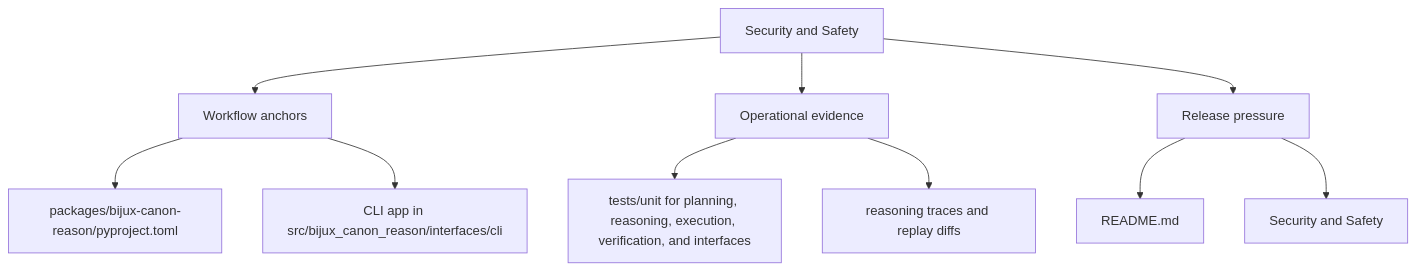
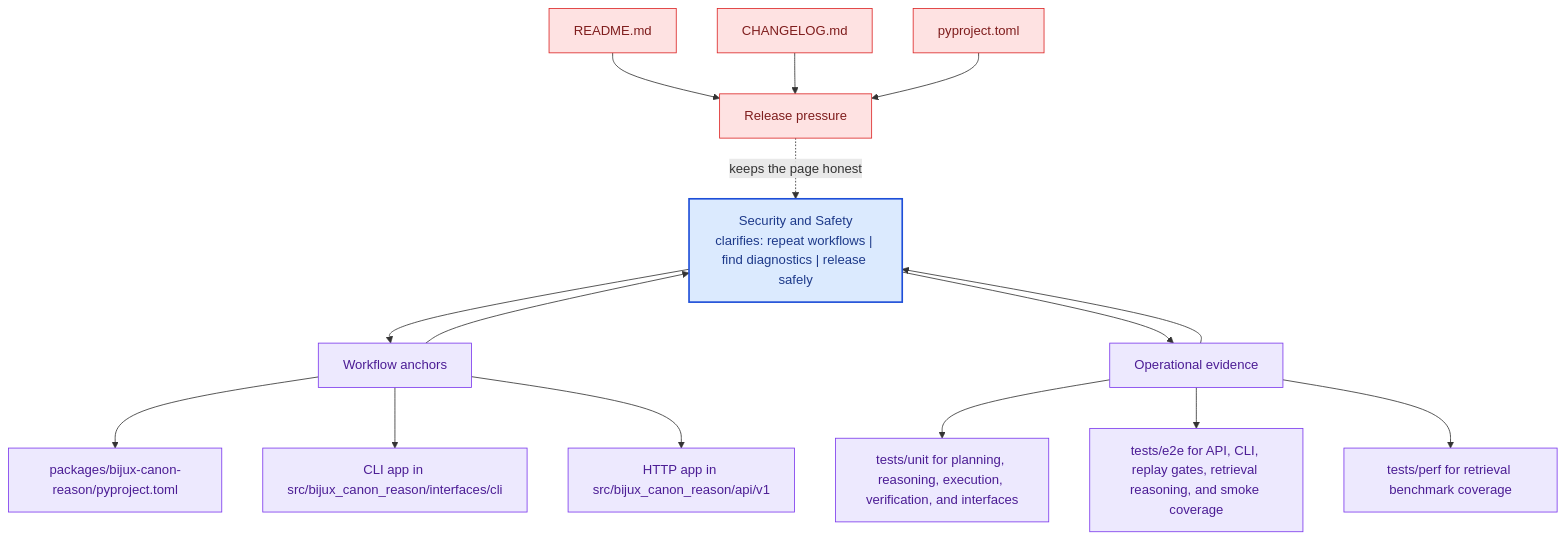
Before and after one commit to bijux/bijux-canon: the second of 2 diagrams in docs/bijux-canon-reason/operations/security-and-safety.md, drawn with Mermaid. The commit also changed other lines of this file and 281 other files, not shown here.

Commit message:
docs(diagrams): deepen handbook mermaid maps across the catalog

````diff
--- a/docs/bijux-canon-reason/operations/security-and-safety.md
+++ b/docs/bijux-canon-reason/operations/security-and-safety.md
@@ -34,22 +67,41 @@
 ```mermaid
-flowchart TD
-    page["Security and Safety"]
+flowchart TB
+    promise["Security and Safety<br/>clarifies: repeat workflows | find diagnostics | release safely"]
+    classDef promise fill:#dbeafe,stroke:#1d4ed8,color:#1e3a8a,stroke-width:2px;
+    classDef driver fill:#dcfce7,stroke:#16a34a,color:#14532d;
+    classDef constraint fill:#fee2e2,stroke:#dc2626,color:#7f1d1d;
+    classDef ground fill:#ede9fe,stroke:#7c3aed,color:#4c1d95;
     focus1["Workflow anchors"]
-    page --> focus1
+    focus1 --> promise
+    promise --> focus1
     focus1_1["packages/bijux-canon-reason/pyproject.toml"]
     focus1 --> focus1_1
     focus1_2["CLI app in src/bijux_canon_reason/interfaces/cli"]
     focus1 --> focus1_2
+    focus1_3["HTTP app in src/bijux_canon_reason/api/v1"]
+    focus1 --> focus1_3
+    class focus1 ground;
+    class focus1_1,focus1_2,focus1_3 ground;
     focus2["Operational evidence"]
-    page --> focus2
+    focus2 --> promise
+    promise --> focus2
     focus2_1["tests/unit for planning, reasoning, execution, verification, and interfaces"]
     focus2 --> focus2_1
-    focus2_2["reasoning traces and replay diffs"]
+    focus2_2["tests/e2e for API, CLI, replay gates, retrieval reasoning, and smoke coverage"]
     focus2 --> focus2_2
+    focus2_3["tests/perf for retrieval benchmark coverage"]
+    focus2 --> focus2_3
+    class focus2 ground;
+    class focus2_1,focus2_2,focus2_3 ground;
     focus3["Release pressure"]
-    page --> focus3
+    focus3 -.keeps the page honest.-> promise
     focus3_1["README.md"]
-    focus3 --> focus3_1
-    focus3_2["Security and Safety"]
-    focus3 --> focus3_2
+    focus3_1 --> focus3
+    focus3_2["CHANGELOG.md"]
+    focus3_2 --> focus3
+    focus3_3["pyproject.toml"]
+    focus3_3 --> focus3
+    class focus3 constraint;
+    class focus3_1,focus3_2,focus3_3 constraint;
+    class promise promise;
 ```
````
